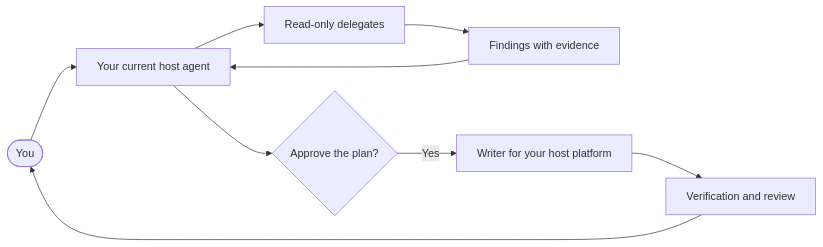
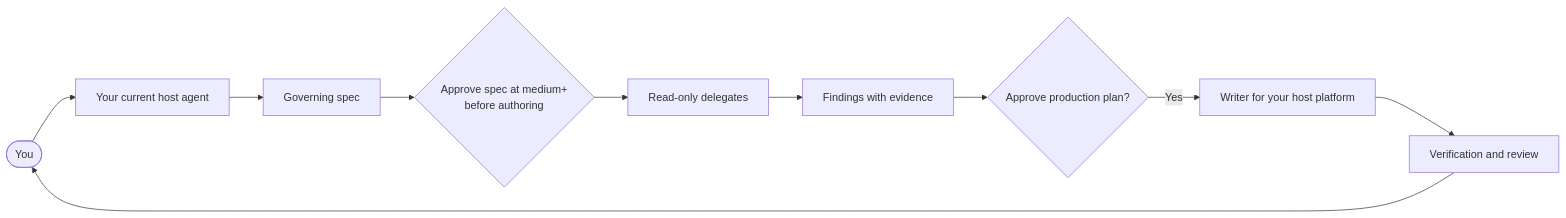
The diagram in skills/dispatch/README.md (Gyunikuchan/dispatch-skills), drawn with Mermaid before and after one commit. The commit also changed other lines of this file and 66 other files, not shown here.

````diff
--- a/skills/dispatch/README.md
+++ b/skills/dispatch/README.md
@@ -26,11 +26,12 @@
 ```mermaid
 flowchart LR
     You([You]) --> Host[Your current host agent]
-    Host --> Delegates[Read-only delegates]
+    Host --> Spec[Governing spec]
+    Spec --> SpecGate{Approve spec at medium+<br/>before authoring}
+    SpecGate --> Delegates[Read-only delegates]
     Delegates --> Evidence[Findings with evidence]
-    Evidence --> Host
-    Host --> Gate{Approve the plan?}
+    Evidence --> Gate{Approve production plan?}
     Gate -->|Yes| Writer[Writer for your host platform]
     Writer --> Checks[Verification and review]
     Checks --> You
 ```
````
